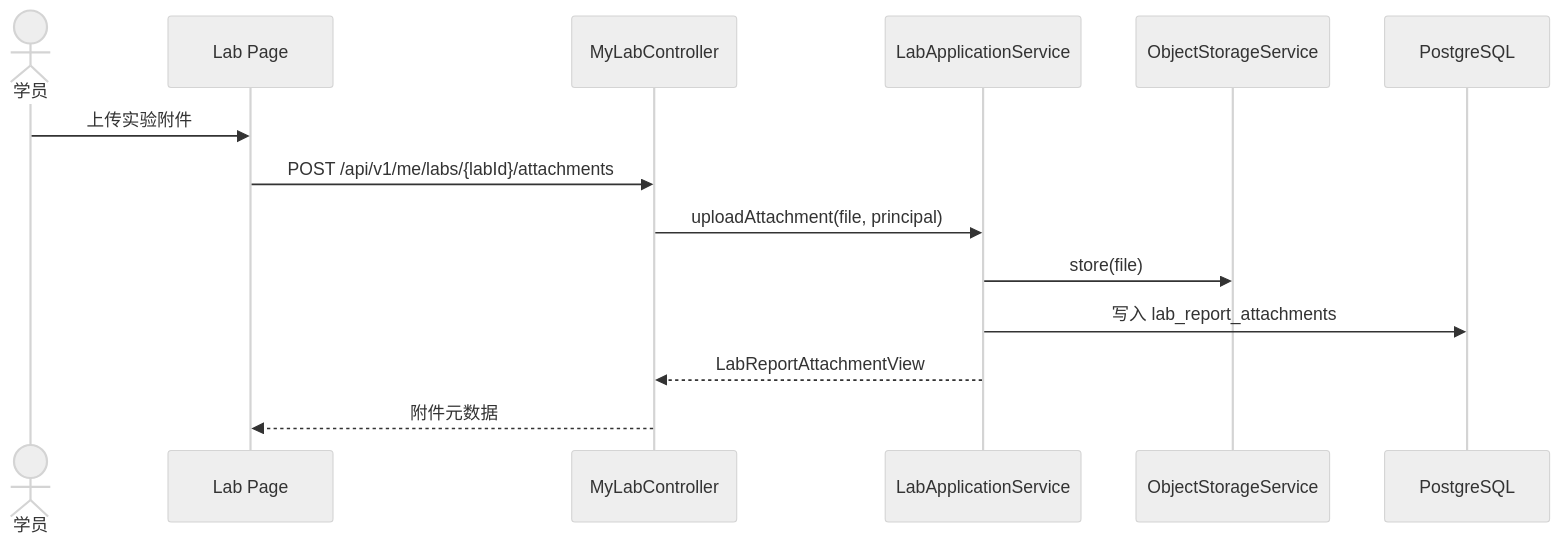
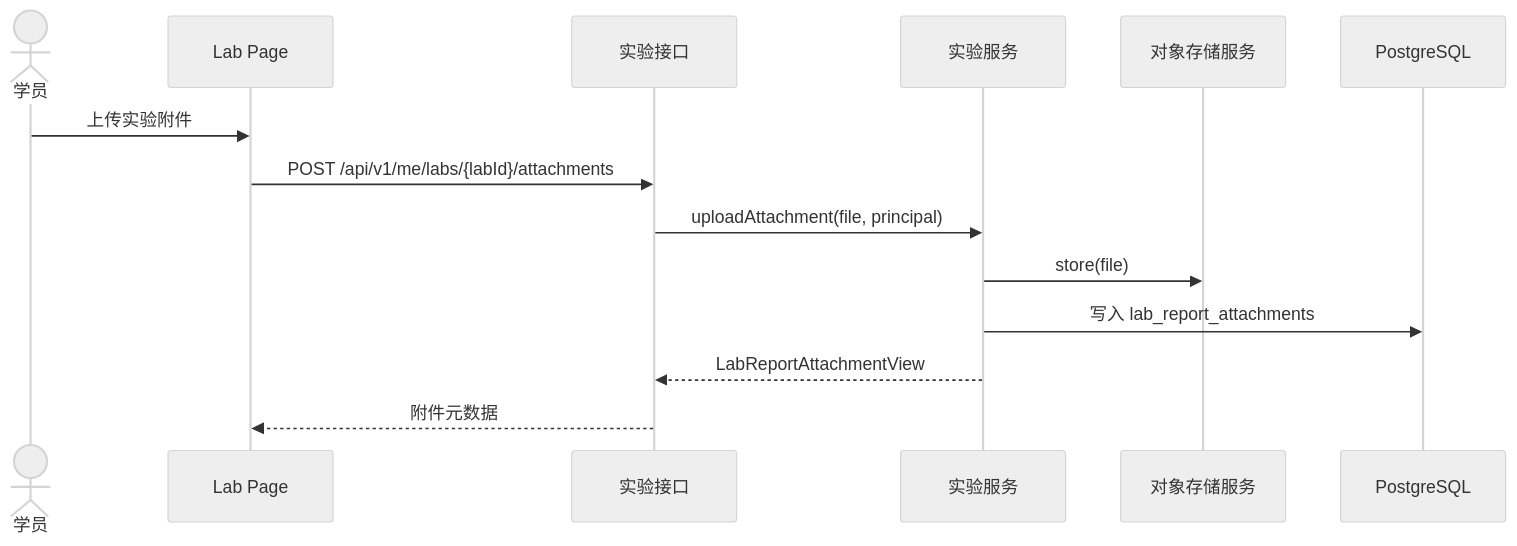
Diagram 18 of 36 in 02-process-docs/detailed-design.md (BUAA-SEProject/docs), drawn with Mermaid (neutral theme) before and after one commit. The commit also changed other lines of this file and 6 other files, not shown here.

````diff
--- a/02-process-docs/detailed-design.md
+++ b/02-process-docs/detailed-design.md
@@ -424,17 +429,17 @@
 ```mermaid
 sequenceDiagram
   actor S as 学员
   participant W as Lab Page
-  participant C as MyLabController
-  participant A as LabApplicationService
-  participant Obj as ObjectStorageService
+  participant C as 实验接口
+  participant A as 实验服务
+  participant Obj as 对象存储服务
   participant DB as PostgreSQL
 
   S->>W: 上传实验附件
   W->>C: POST /api/v1/me/labs/{labId}/attachments
   C->>A: uploadAttachment(file, principal)
   A->>Obj: store(file)
   A->>DB: 写入 lab_report_attachments
   A-->>C: LabReportAttachmentView
   C-->>W: 附件元数据
 ```
````
